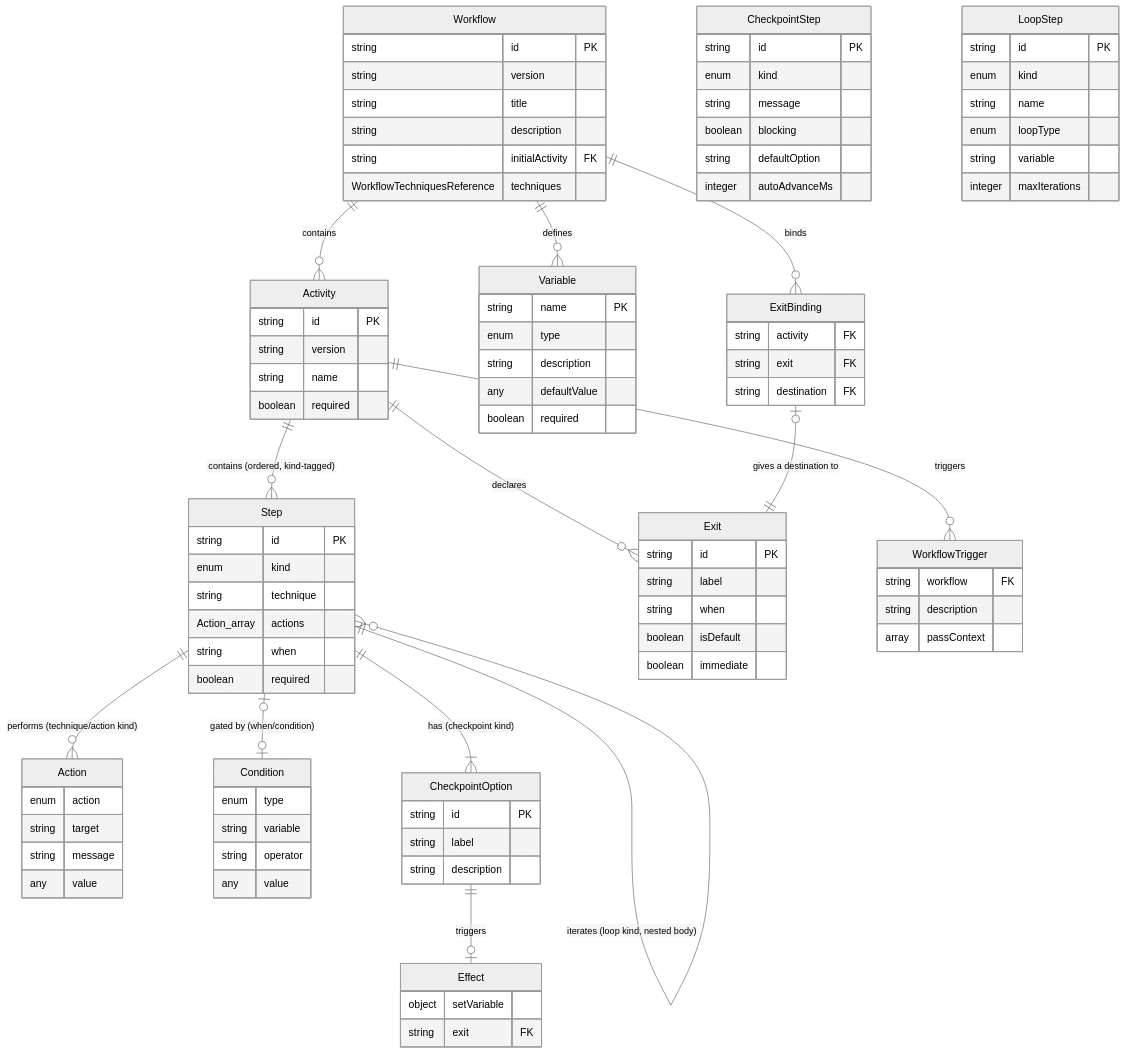
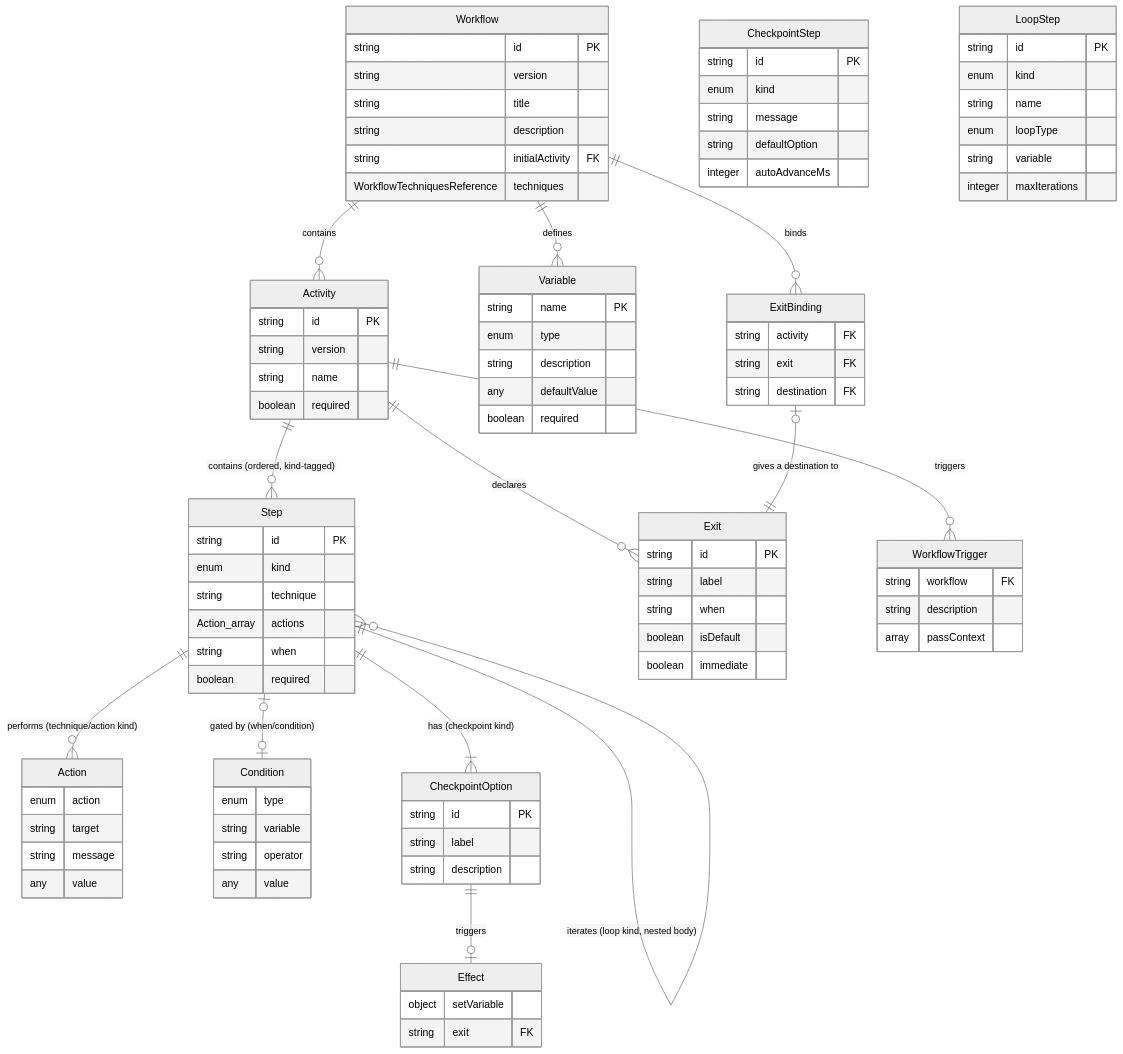
Before and after one commit to m2ux/workflow-server: the third of 3 diagrams in schemas/README.md, drawn with Mermaid (neutral theme). The commit also changed other lines of this file and 11 other files, not shown here.

```diff
--- a/schemas/README.md
+++ b/schemas/README.md
@@ -193,7 +193,6 @@
         string id PK
         enum kind
         string message
-        boolean blocking
         string defaultOption
         integer autoAdvanceMs
     }
```
